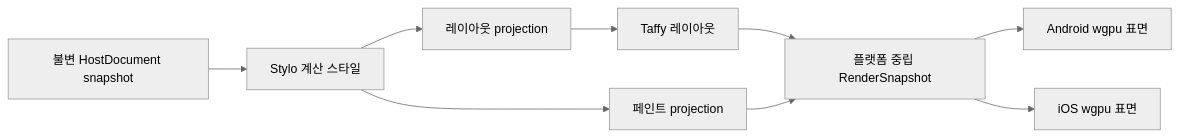
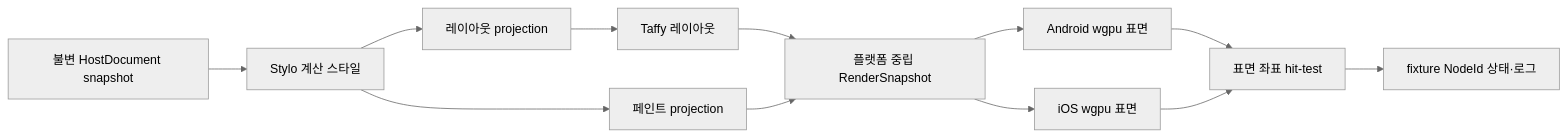
One commit to ohah/spinon changed the diagram in spec/internal/0019-s04-css-layout-gpu-slice.md. Above: the diagram before and after it, drawn with Mermaid (neutral theme). The commit also changed other lines of this file and 29 other files, not shown here.

Commit message:
feat(s04): 정적 GPU hit-test fixture 연결

````diff
--- a/spec/internal/0019-s04-css-layout-gpu-slice.md
+++ b/spec/internal/0019-s04-css-layout-gpu-slice.md
@@ -9,11 +9,14 @@
 ```mermaid
 flowchart LR
     A[불변 HostDocument snapshot] --> B[Stylo 계산 스타일]
     B --> C[레이아웃 projection]
     B --> P[페인트 projection]
     C --> L[Taffy 레이아웃]
     L --> D[플랫폼 중립 RenderSnapshot]
     P --> D
     D --> E[Android wgpu 표면]
     D --> F[iOS wgpu 표면]
+    E --> G[표면 좌표 hit-test]
+    F --> G
+    G --> H[fixture NodeId 상태·로그]
 ```
````
